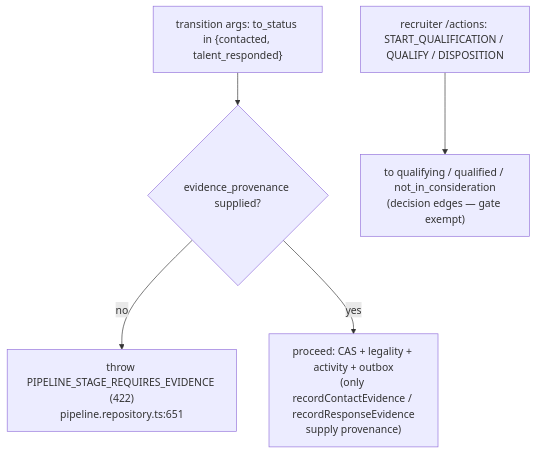
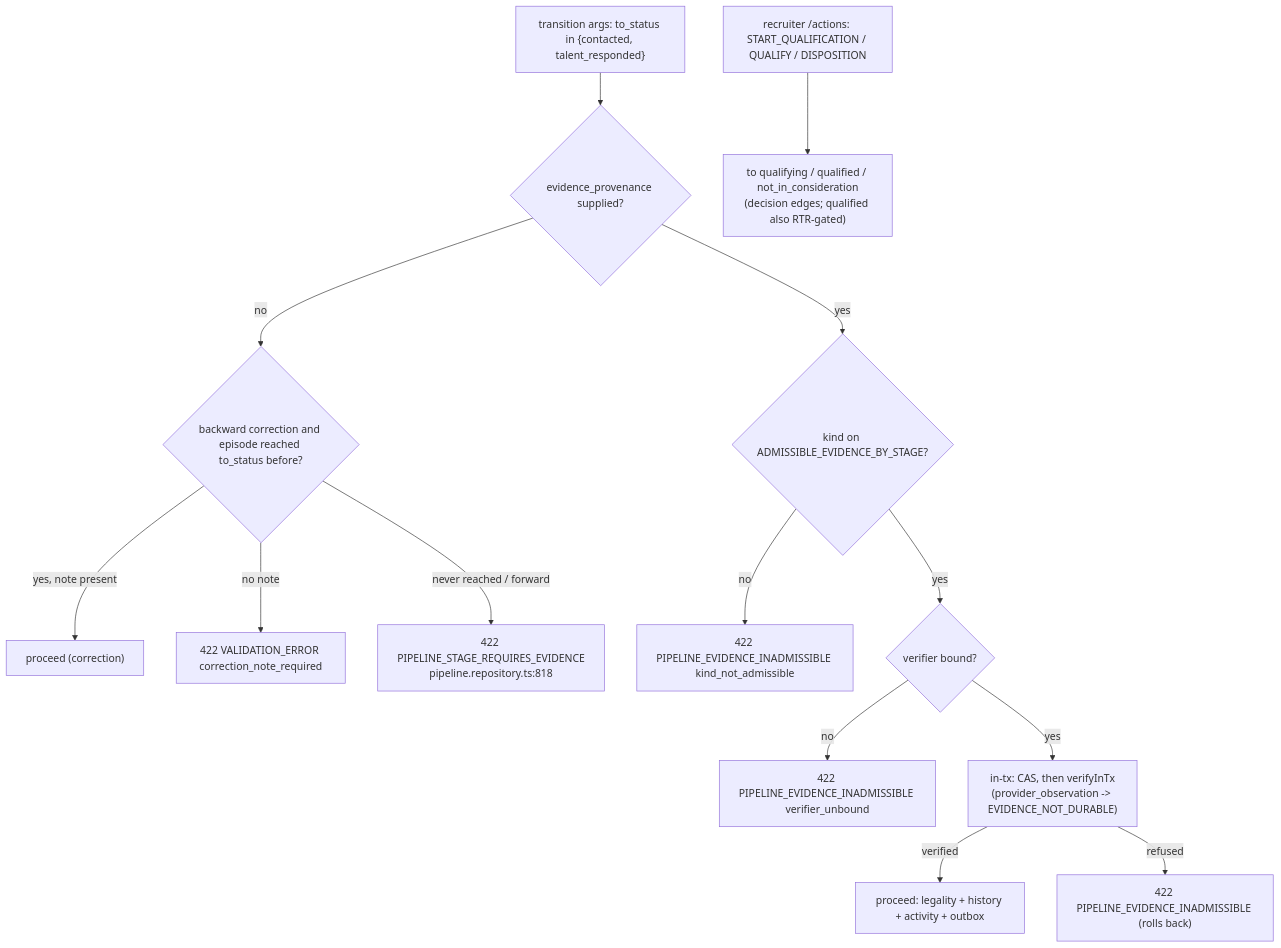
One commit to astreinc/aramo-platform changed the second of 3 diagrams in doc/recon/as-built/D09-communications-activity-evidence.md. Above: the diagram before and after it, drawn with Mermaid. The commit also changed other lines of this file and 59 other files, not shown here.

````diff
--- a/doc/recon/as-built/D09-communications-activity-evidence.md
+++ b/doc/recon/as-built/D09-communications-activity-evidence.md
@@ -179,7 +282,16 @@
 ```mermaid
 flowchart TD
     A["transition args: to_status in {contacted, talent_responded}"] --> B{evidence_provenance supplied?}
-    B -- no --> C["throw PIPELINE_STAGE_REQUIRES_EVIDENCE (422)\npipeline.repository.ts:651"]
-    B -- yes --> D["proceed: CAS + legality + activity + outbox\n(only recordContactEvidence / recordResponseEvidence\nsupply provenance)"]
-    E["recruiter /actions: START_QUALIFICATION / QUALIFY / DISPOSITION"] --> F["to qualifying / qualified / not_in_consideration\n(decision edges — gate exempt)"]
+    B -- no --> BW{backward correction and episode reached to_status before?}
+    BW -- "yes, note present" --> OK["proceed (correction)"]
+    BW -- "no note" --> N["422 VALIDATION_ERROR correction_note_required"]
+    BW -- "never reached / forward" --> C["422 PIPELINE_STAGE_REQUIRES_EVIDENCE\npipeline.repository.ts:818"]
+    B -- yes --> K{kind on ADMISSIBLE_EVIDENCE_BY_STAGE?}
+    K -- no --> I["422 PIPELINE_EVIDENCE_INADMISSIBLE kind_not_admissible"]
+    K -- yes --> V{verifier bound?}
+    V -- no --> U["422 PIPELINE_EVIDENCE_INADMISSIBLE verifier_unbound"]
+    V -- yes --> T["in-tx: CAS, then verifyInTx\n(provider_observation -> EVIDENCE_NOT_DURABLE)"]
+    T -- verified --> D["proceed: legality + history + activity + outbox"]
+    T -- refused --> R["422 PIPELINE_EVIDENCE_INADMISSIBLE (rolls back)"]
+    E["recruiter /actions: START_QUALIFICATION / QUALIFY / DISPOSITION"] --> F["to qualifying / qualified / not_in_consideration\n(decision edges; qualified also RTR-gated)"]
 ```
````
